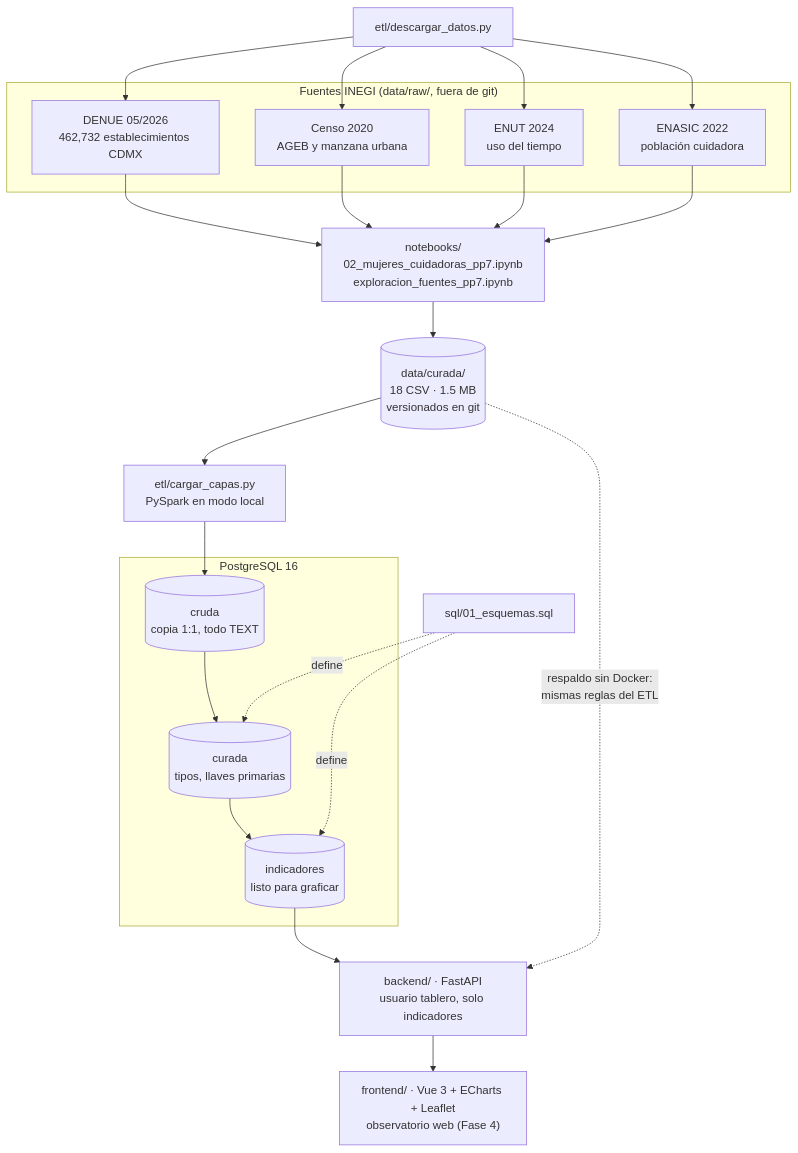
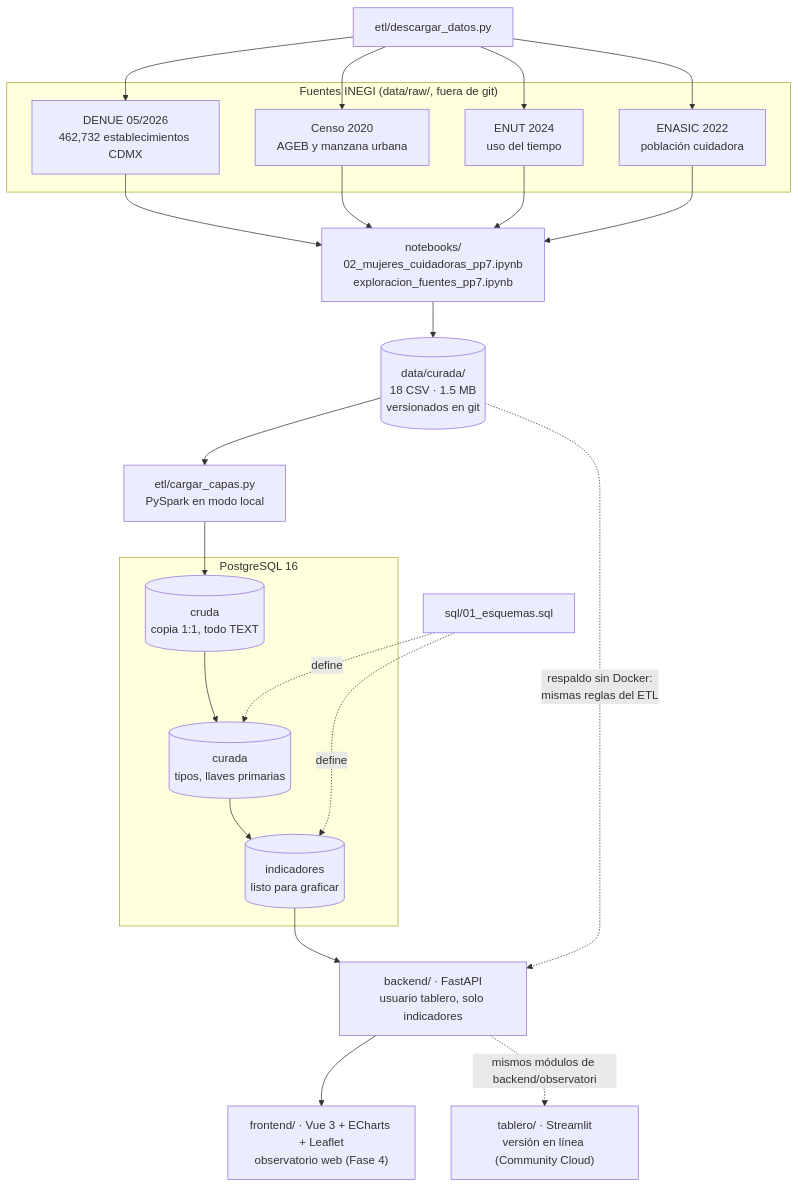
One commit to dead-can-dance/observatorio-economia-cuidado-cdmx changed the diagram in README.md. Above: the diagram before and after it, drawn with Mermaid. The commit also changed other lines of this file and 17 other files, not shown here.

First line of the commit message:
Agrega la versión del observatorio en Streamlit

````diff
--- a/README.md
+++ b/README.md
@@ -33,36 +37,38 @@
 ```mermaid
 flowchart TD
     subgraph fuentes["Fuentes INEGI (data/raw/, fuera de git)"]
         D["DENUE 05/2026<br/>462,732 establecimientos CDMX"]
         C["Censo 2020<br/>AGEB y manzana urbana"]
         E["ENUT 2024<br/>uso del tiempo"]
         A["ENASIC 2022<br/>población cuidadora"]
     end
 
     DESC["etl/descargar_datos.py"]
     NB["notebooks/<br/>02_mujeres_cuidadoras_pp7.ipynb<br/>exploracion_fuentes_pp7.ipynb"]
     CUR[("data/curada/<br/>18 CSV · 1.5 MB<br/>versionados en git")]
     SPARK["etl/cargar_capas.py<br/>PySpark en modo local"]
 
     subgraph pg["PostgreSQL 16"]
         SCRUDA[("cruda<br/>copia 1:1, todo TEXT")]
         SCURADA[("curada<br/>tipos, llaves primarias")]
         SIND[("indicadores<br/>listo para graficar")]
     end
 
     API["backend/ · FastAPI<br/>usuario tablero, solo indicadores"]
     WEB["frontend/ · Vue 3 + ECharts + Leaflet<br/>observatorio web (Fase 4)"]
+    ST["tablero/ · Streamlit<br/>versión en línea (Community Cloud)"]
 
     DESC --> D & C & E & A
     D & C & E & A --> NB
     NB --> CUR
     CUR --> SPARK
     SPARK --> SCRUDA
     SCRUDA --> SCURADA
     SCURADA --> SIND
     SIND --> API
     CUR -.respaldo sin Docker:<br/>mismas reglas del ETL.-> API
     API --> WEB
+    API -.mismos módulos de backend/observatorio.-> ST
 
     SQLDDL["sql/01_esquemas.sql"] -.define.-> SCURADA & SIND
 ```
````
